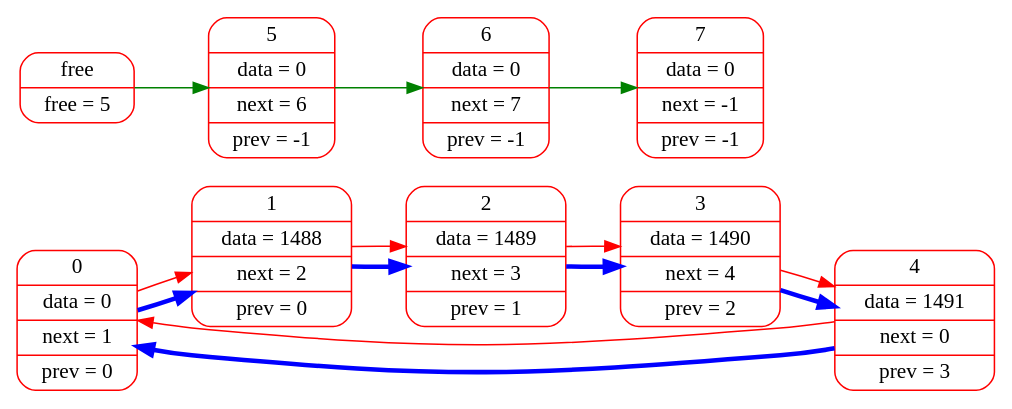
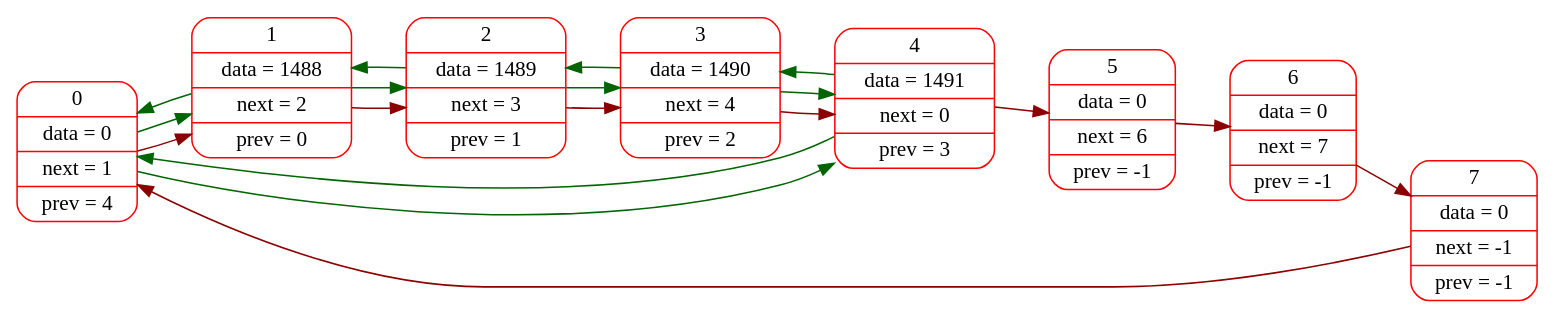
One commit to sevaphasol/list changed the diagram in logs/dot_files/004.dot. Above: the diagram before and after it, drawn with Graphviz. The commit also changed 19 other files, not shown here.

Commit message:
fixed graphviz next and prev, variant with weights

```diff
--- a/logs/dot_files/004.dot
+++ b/logs/dot_files/004.dot
@@ -1,18 +1,18 @@
 digraph G{
 rankdir=LR;
 node[color="red",fontsize=14];
-edge[color="blue",fontsize=12, penwidth=3];
-elem0[shape="Mrecord", label="0 | data = 0 | next = 1 | prev = 0"];
+elem0[shape="Mrecord", label="0 | data = 0 | next = 1 | prev = 4"];
 elem1[shape="Mrecord", label="1 | data = 1488 | next = 2 | prev = 0"];
 elem2[shape="Mrecord", label="2 | data = 1489 | next = 3 | prev = 1"];
 elem3[shape="Mrecord", label="3 | data = 1490 | next = 4 | prev = 2"];
 elem4[shape="Mrecord", label="4 | data = 1491 | next = 0 | prev = 3"];
-elem0->elem1->elem2->elem3->elem4->elem0;
-edge[color="red",fontsize=12, penwidth=1];
-elem0->elem1->elem2->elem3->elem4->elem0;edge[color="green",fontsize=12, penwidth=1];
-free[shape="Mrecord", label="free | free = 5"];
 elem5[shape="Mrecord", label="5 | data = 0 | next = 6 | prev = -1"];
 elem6[shape="Mrecord", label="6 | data = 0 | next = 7 | prev = -1"];
 elem7[shape="Mrecord", label="7 | data = 0 | next = -1 | prev = -1"];
-free->elem5->elem6->elem7;
+edge[color="darkred",fontsize=12, penwidth=1, weight=1000];
+elem0->elem1->elem2->elem3->elem4->elem5->elem6->elem7->elem0;
+edge[color="darkgreen",fontsize=12, penwidth=1];
+elem0->elem1->elem2->elem3->elem4->elem0;
+edge[color="darkgreen",fontsize=12, penwidth=1];
+elem0->elem4->elem3->elem2->elem1->elem0;
 }
```
